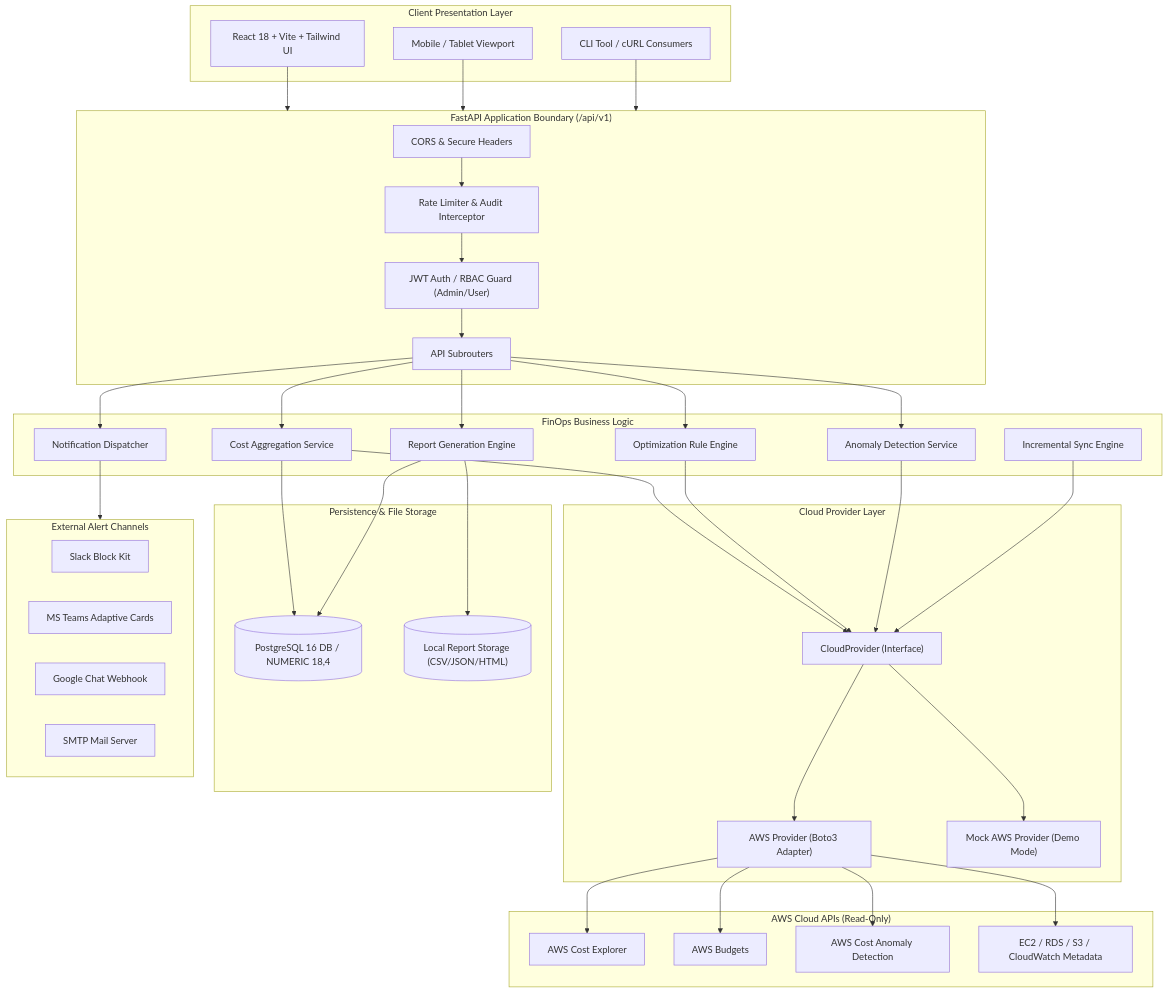
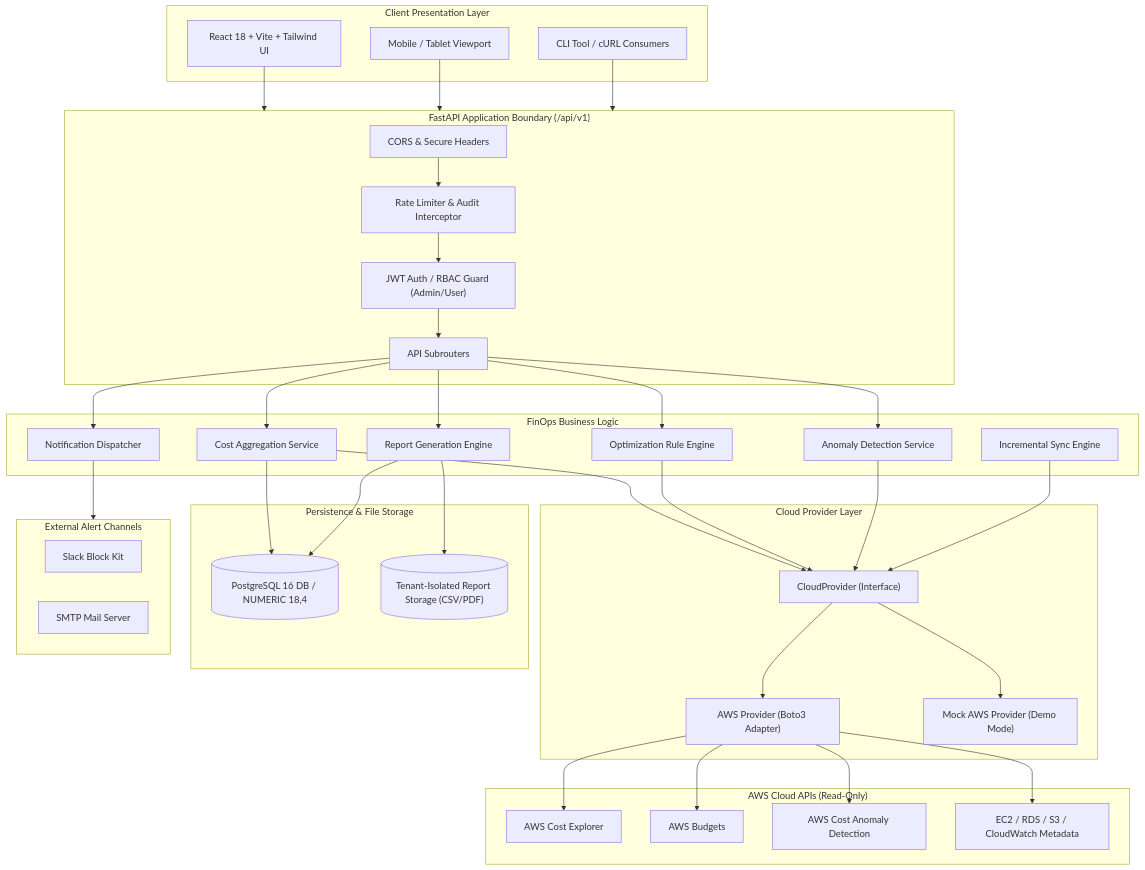
The first of 6 diagrams in docs/ARCHITECTURE.md (bh-gaur/cloud-cost-intelligence), drawn with Mermaid before and after one commit. The commit also changed other lines of this file and 62 other files, not shown here.

First line of the commit message:
feat: harden multi-tenant notifications, report streaming, RBAC, and demo workflows

````diff
--- a/docs/ARCHITECTURE.md
+++ b/docs/ARCHITECTURE.md
@@ -11,79 +11,77 @@
 ```mermaid
 flowchart TB
     subgraph ClientLayer ["Client Presentation Layer"]
         Browser["React 18 + Vite + Tailwind UI"]
         Mobile["Mobile / Tablet Viewport"]
         ExportCLI["CLI Tool / cURL Consumers"]
     end
 
     subgraph ApiGateway ["FastAPI Application Boundary (/api/v1)"]
         CorsMdlw["CORS & Secure Headers"]
         RateLmt["Rate Limiter & Audit Interceptor"]
         JwtAuth["JWT Auth / RBAC Guard (Admin/User)"]
         Router["API Subrouters"]
         
         CorsMdlw --> RateLmt --> JwtAuth --> Router
     end
 
     subgraph ServiceCore ["FinOps Business Logic"]
         CostService["Cost Aggregation Service"]
         OptEngine["Optimization Rule Engine"]
         AnomalyService["Anomaly Detection Service"]
         ReportService["Report Generation Engine"]
         NotifService["Notification Dispatcher"]
         SyncWorker["Incremental Sync Engine"]
     end
 
     subgraph ProviderAbstraction ["Cloud Provider Layer"]
         BaseProvider["CloudProvider (Interface)"]
         AWSImpl["AWS Provider (Boto3 Adapter)"]
         MockImpl["Mock AWS Provider (Demo Mode)"]
         
         BaseProvider --> AWSImpl
         BaseProvider --> MockImpl
     end
 
     subgraph ExternalCloud ["AWS Cloud APIs (Read-Only)"]
         CostExplorer["AWS Cost Explorer"]
         Budgets["AWS Budgets"]
         AnomalyAPI["AWS Cost Anomaly Detection"]
         ResourceAPIs["EC2 / RDS / S3 / CloudWatch Metadata"]
     end
 
     subgraph StorageLayer ["Persistence & File Storage"]
         PostgresDB[(PostgreSQL 16 DB / NUMERIC 18,4)]
-        ReportStore[("Local Report Storage (CSV/JSON/HTML)")]
+        ReportStore[("Tenant-Isolated Report Storage (CSV/PDF)")]
     end
 
     subgraph Channels ["External Alert Channels"]
         SlackHook["Slack Block Kit"]
-        TeamsHook["MS Teams Adaptive Cards"]
-        GChatHook["Google Chat Webhook"]
         EmailSMTP["SMTP Mail Server"]
     end
 
     Browser --> ApiGateway
     Mobile --> ApiGateway
     ExportCLI --> ApiGateway
 
     Router --> CostService
     Router --> OptEngine
     Router --> AnomalyService
     Router --> ReportService
     Router --> NotifService
 
     CostService --> BaseProvider
     OptEngine --> BaseProvider
     AnomalyService --> BaseProvider
     SyncWorker --> BaseProvider
 
     AWSImpl --> CostExplorer
     AWSImpl --> Budgets
     AWSImpl --> AnomalyAPI
     AWSImpl --> ResourceAPIs
 
     CostService --> PostgresDB
     ReportService --> PostgresDB
     ReportService --> ReportStore
     NotifService --> Channels
 ```
````
